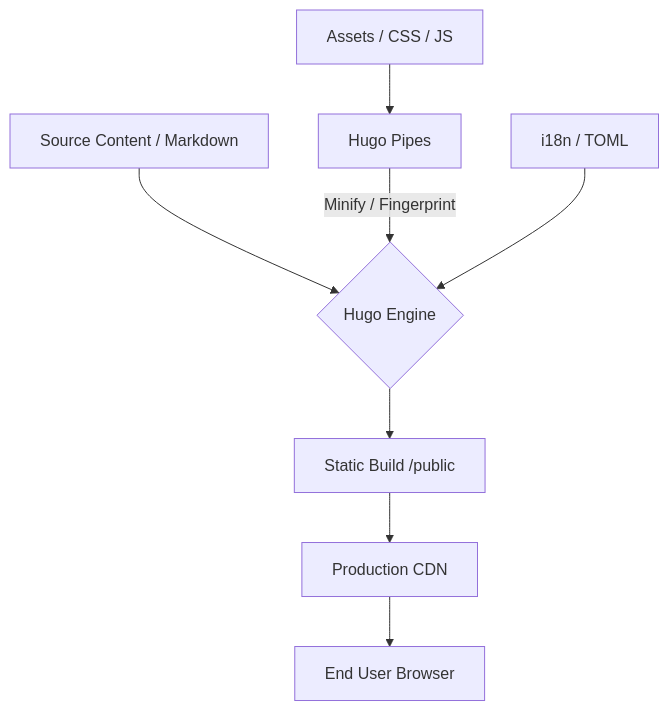
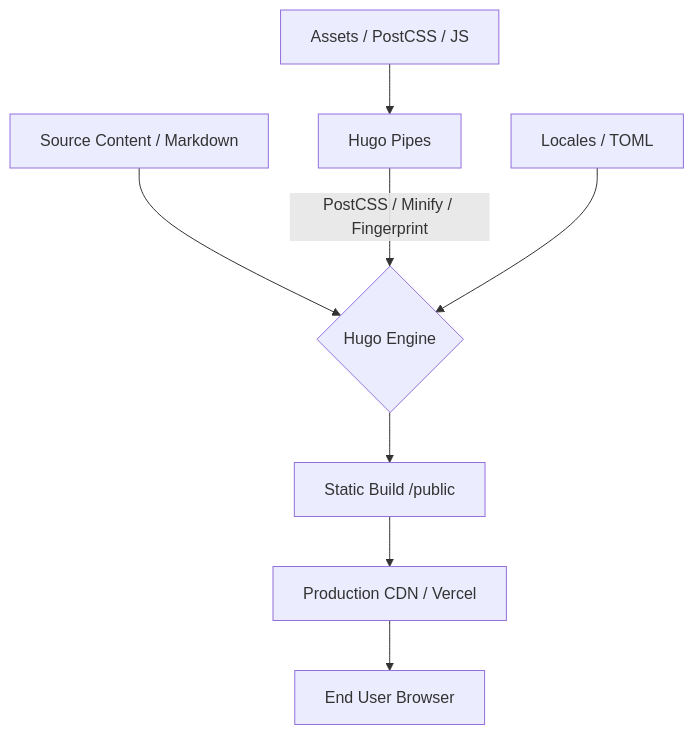
Before and after one commit to antonoriza/VilkorTheWebsite: the diagram in README.md, drawn with Mermaid. The commit also changed other lines of this file, not shown here.

````diff
--- a/README.md
+++ b/README.md
@@ -16,10 +23,10 @@
 ```mermaid
 graph TD
     A[Source Content / Markdown] --> B{Hugo Engine}
-    C[Assets / CSS / JS] --> D[Hugo Pipes]
-    D -->|Minify / Fingerprint| B
-    E[i18n / TOML] --> B
+    C[Assets / PostCSS / JS] --> D[Hugo Pipes]
+    D -->|PostCSS / Minify / Fingerprint| B
+    E[Locales / TOML] --> B
     B --> F[Static Build /public]
-    F --> G[Production CDN]
+    F --> G[Production CDN / Vercel]
     G --> H[End User Browser]
 ```
````
